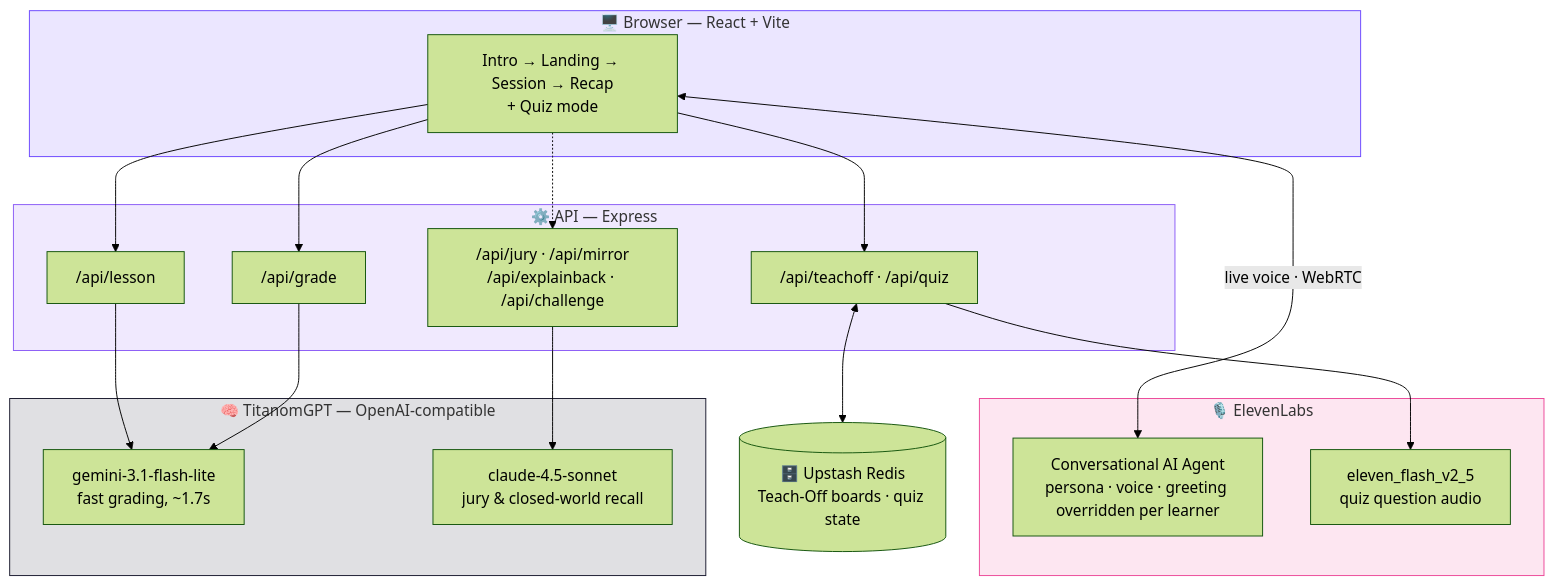
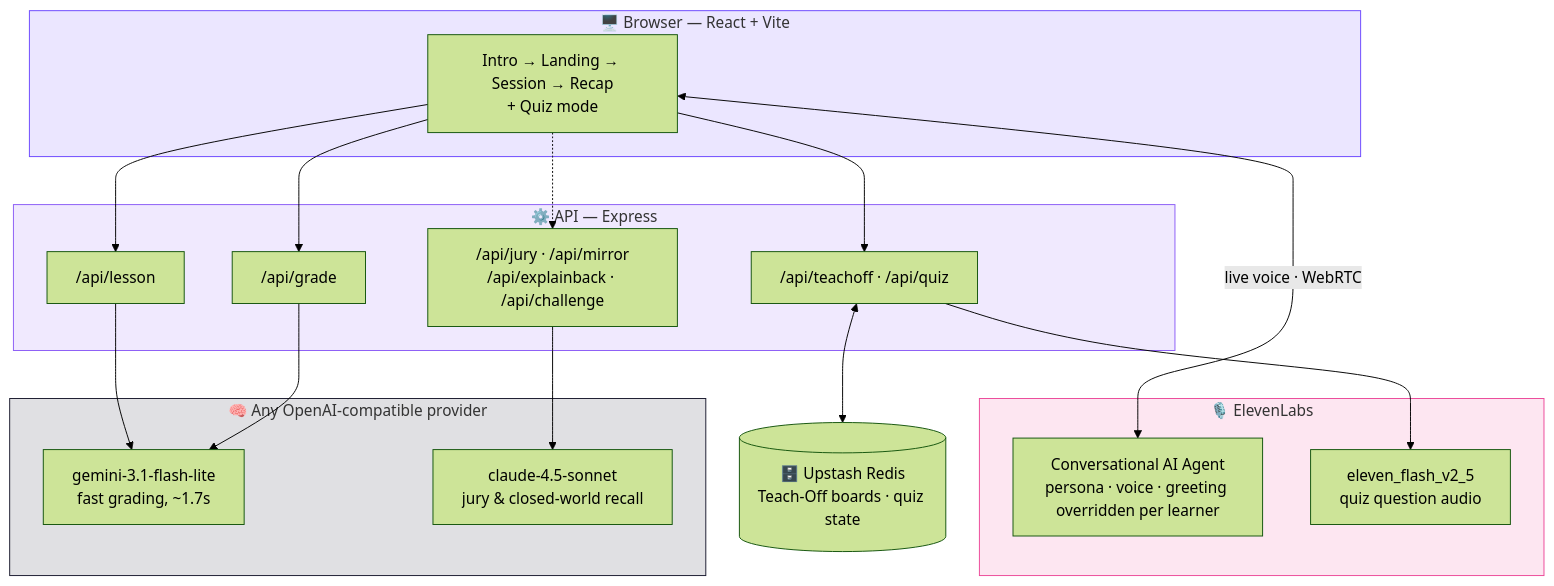
Before and after one commit to PavinSP/titanom-hackathon: the second of 2 diagrams in README.md, drawn with Mermaid (forest theme). The commit also changed other lines of this file, not shown here.

````diff
--- a/README.md
+++ b/README.md
@@ -111,37 +112,37 @@
 ```mermaid
 flowchart TB
     subgraph client["🖥️ Browser — React + Vite"]
         UI["Intro → Landing → Session → Recap<br/>+ Quiz mode"]
     end
 
     subgraph voice["🎙️ ElevenLabs"]
         Agent["Conversational AI Agent<br/>persona · voice · greeting overridden per learner"]
         TTS["eleven_flash_v2_5<br/>quiz question audio"]
     end
 
     subgraph server["⚙️ API — Express"]
         Lesson["/api/lesson"]
         Grade["/api/grade"]
         Extra["/api/jury · /api/mirror<br/>/api/explainback · /api/challenge"]
         Multi["/api/teachoff · /api/quiz"]
     end
 
-    subgraph brains["🧠 TitanomGPT — OpenAI-compatible"]
+    subgraph brains["🧠 Any OpenAI-compatible provider"]
         Fast["gemini-3.1-flash-lite<br/>fast grading, ~1.7s"]
         Deep["claude-4.5-sonnet<br/>jury &amp; closed-world recall"]
     end
 
     Redis[("🗄️ Upstash Redis<br/>Teach-Off boards · quiz state")]
 
     UI <-->|"live voice · WebRTC"| Agent
     UI --> Lesson --> Fast
     UI --> Grade --> Fast
     UI -.-> Extra --> Deep
     UI --> Multi <--> Redis
     Multi --> TTS
 
     style client fill:#6C47FF22,stroke:#6C47FF
     style voice fill:#EC489922,stroke:#EC4899
     style server fill:#8B5CF622,stroke:#8B5CF6
     style brains fill:#1a1a2e22,stroke:#1a1a2e
 ```
````
